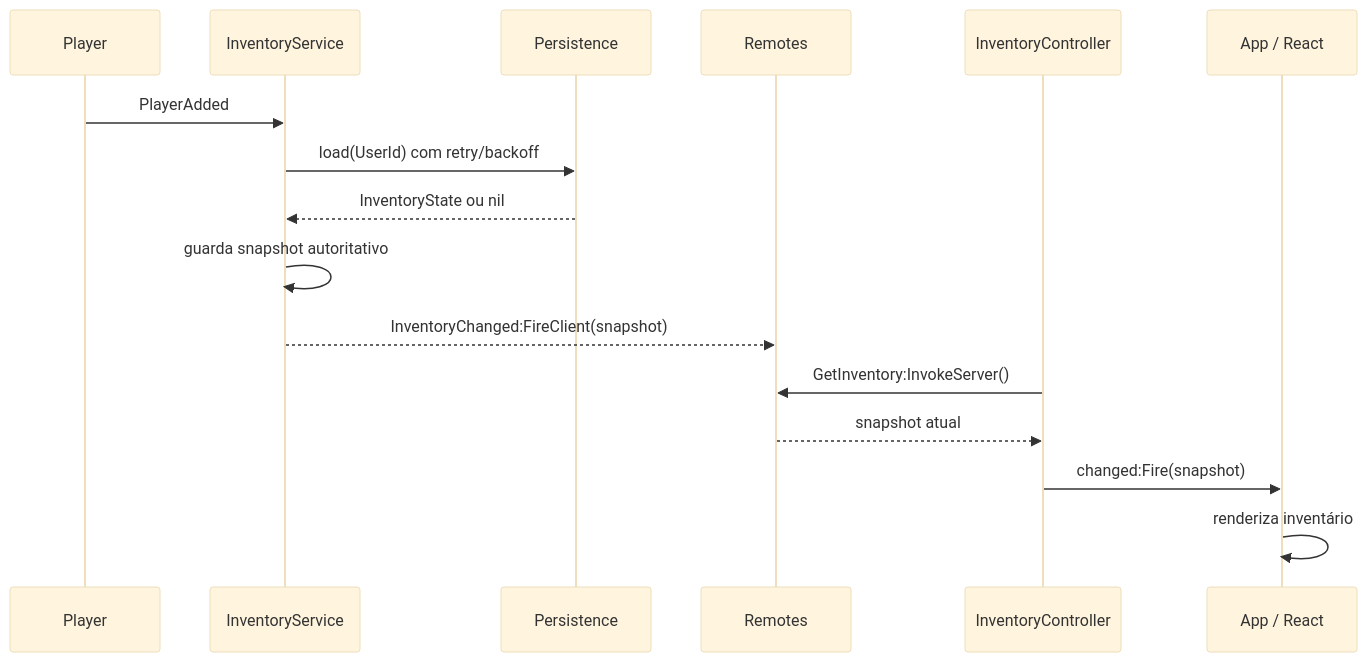
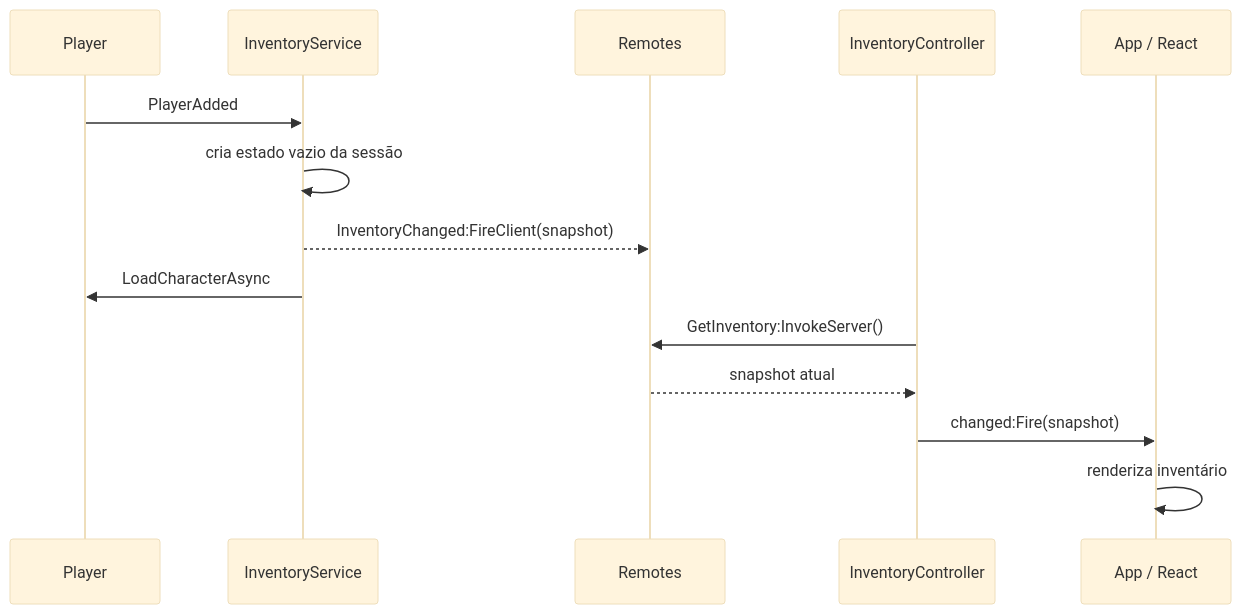
Before and after one commit to leeovictor/re-like-game-roblox: the second of 4 diagrams in docs/inventory-architecture.md, drawn with Mermaid (base theme). The commit also changed other lines of this file and 7 other files, not shown here.

````diff
--- a/docs/inventory-architecture.md
+++ b/docs/inventory-architecture.md
@@ -140,19 +130,17 @@
 ```mermaid
 sequenceDiagram
     participant P as Player
     participant S as InventoryService
-    participant DB as Persistence
     participant R as Remotes
     participant C as InventoryController
     participant UI as App / React
 
     P->>S: PlayerAdded
-    S->>DB: load(UserId) com retry/backoff
-    DB-->>S: InventoryState ou nil
-    S->>S: guarda snapshot autoritativo
+    S->>S: cria estado vazio da sessão
     S-->>R: InventoryChanged:FireClient(snapshot)
+    S->>P: LoadCharacterAsync
     C->>R: GetInventory:InvokeServer()
     R-->>C: snapshot atual
     C->>UI: changed:Fire(snapshot)
     UI->>UI: renderiza inventário
 ```
````
